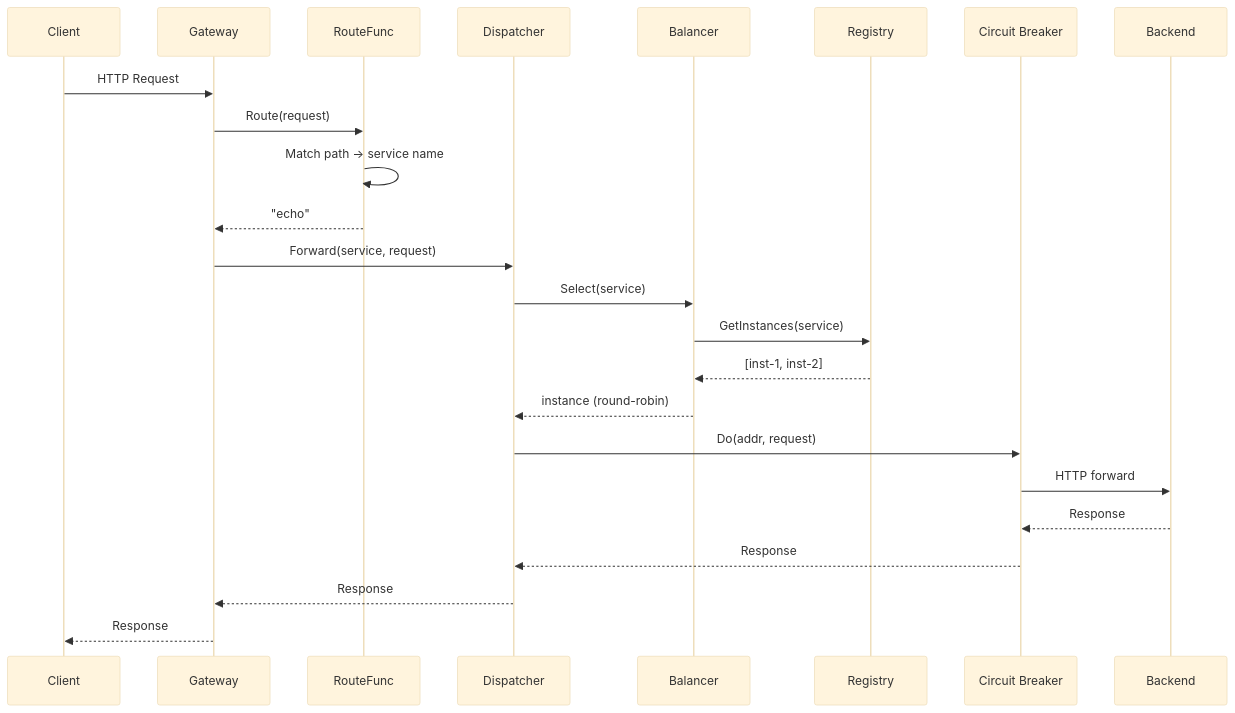
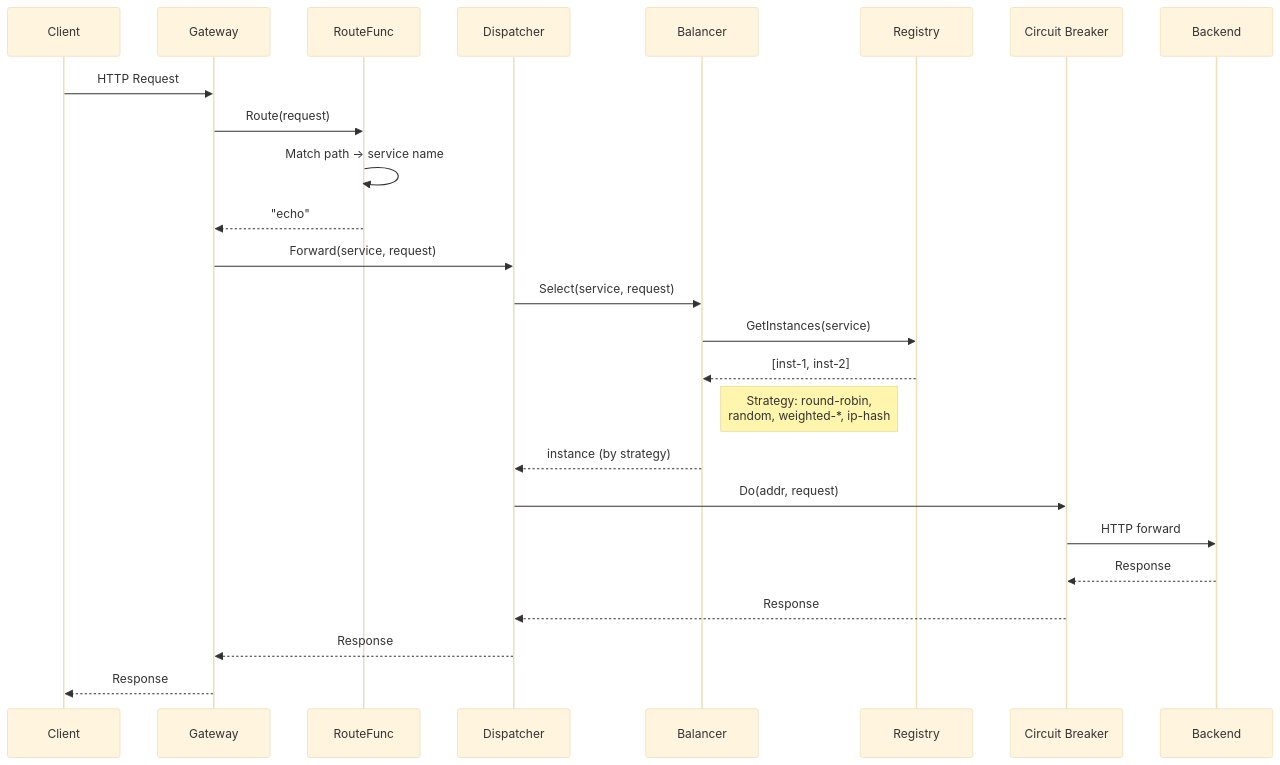
One commit to noauthnecessary/kerberos changed the second of 5 diagrams in README.md. Above: the diagram before and after it, drawn with Mermaid (base theme). The commit also changed other lines of this file and 7 other files, not shown here.

First line of the commit message:
Add load balancing strategies: random, weighted-round-robin, weighted-random, ip-hash

````diff
--- a/README.md
+++ b/README.md
@@ -22,27 +22,28 @@
 ```mermaid
 sequenceDiagram
     participant C as Client
     participant G as Gateway
     participant R as RouteFunc
     participant D as Dispatcher
     participant B as Balancer
     participant Reg as Registry
     participant CB as Circuit Breaker
     participant BE as Backend
 
     C->>G: HTTP Request
     G->>R: Route(request)
     R->>R: Match path → service name
     R-->>G: "echo"
     G->>D: Forward(service, request)
-    D->>B: Select(service)
+    D->>B: Select(service, request)
     B->>Reg: GetInstances(service)
     Reg-->>B: [inst-1, inst-2]
-    B-->>D: instance (round-robin)
+    Note right of B: Strategy: round-robin,<br/>random, weighted-*, ip-hash
+    B-->>D: instance (by strategy)
     D->>CB: Do(addr, request)
     CB->>BE: HTTP forward
     BE-->>CB: Response
     CB-->>D: Response
     D-->>G: Response
     G-->>C: Response
 ```
````
